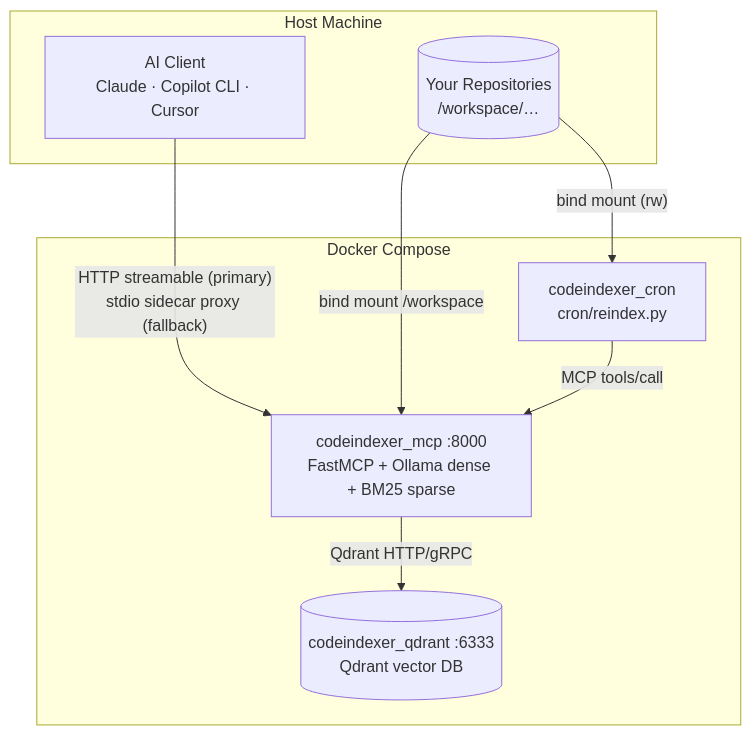
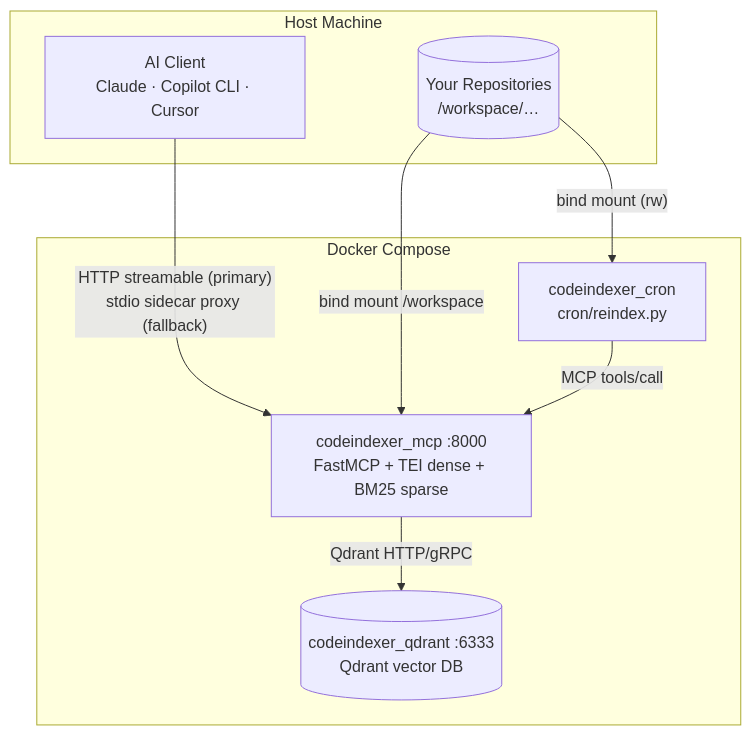
One commit to Tusquito/codebase-indexer-mcp changed the first of 2 diagrams in docs/ARCHITECTURE.md. Above: the diagram before and after it, drawn with Mermaid. The commit also changed other lines of this file and 68 other files, not shown here.

````diff
--- a/docs/ARCHITECTURE.md
+++ b/docs/ARCHITECTURE.md
@@ -7,19 +7,19 @@
 ```mermaid
 graph TD
     subgraph Host["Host Machine"]
         WS[("Your Repositories\n/workspace/…")]
         AI["AI Client\nClaude · Copilot CLI · Cursor"]
     end
 
     subgraph Docker["Docker Compose"]
-        MCP["codeindexer_mcp :8000\nFastMCP + Ollama dense + BM25 sparse"]
+        MCP["codeindexer_mcp :8000\nFastMCP + TEI dense + BM25 sparse"]
         QD[("codeindexer_qdrant :6333\nQdrant vector DB")]
         CRON["codeindexer_cron\ncron/reindex.py"]
     end
 
     AI -- "HTTP streamable (primary)\nstdio sidecar proxy (fallback)" --> MCP
     MCP -- "Qdrant HTTP/gRPC" --> QD
     WS -- "bind mount /workspace" --> MCP
     WS -- "bind mount (rw)" --> CRON
     CRON -- "MCP tools/call" --> MCP
 ```
````
